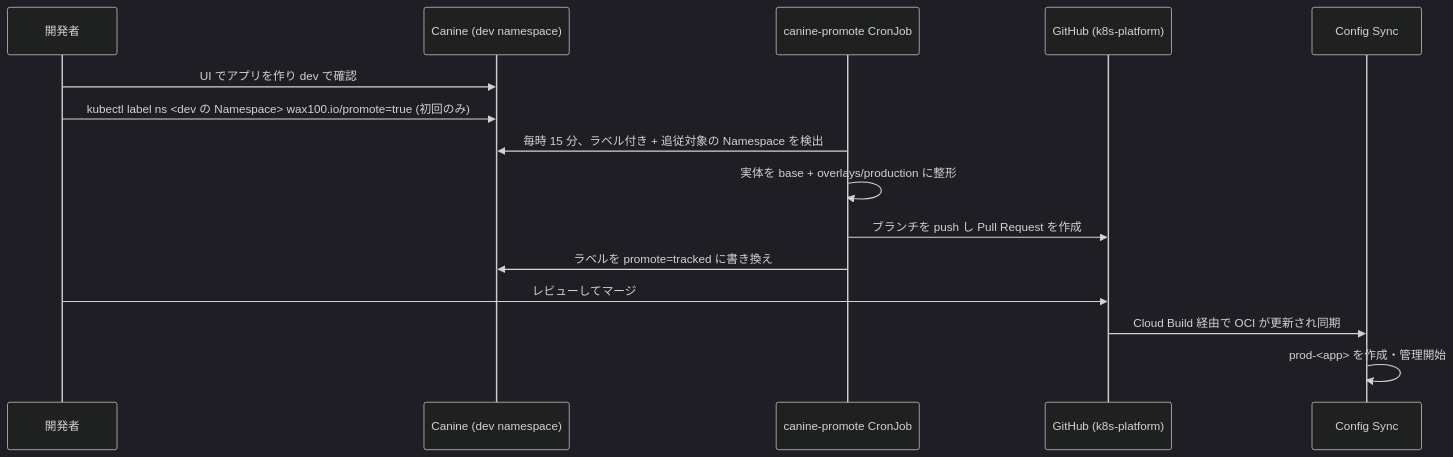
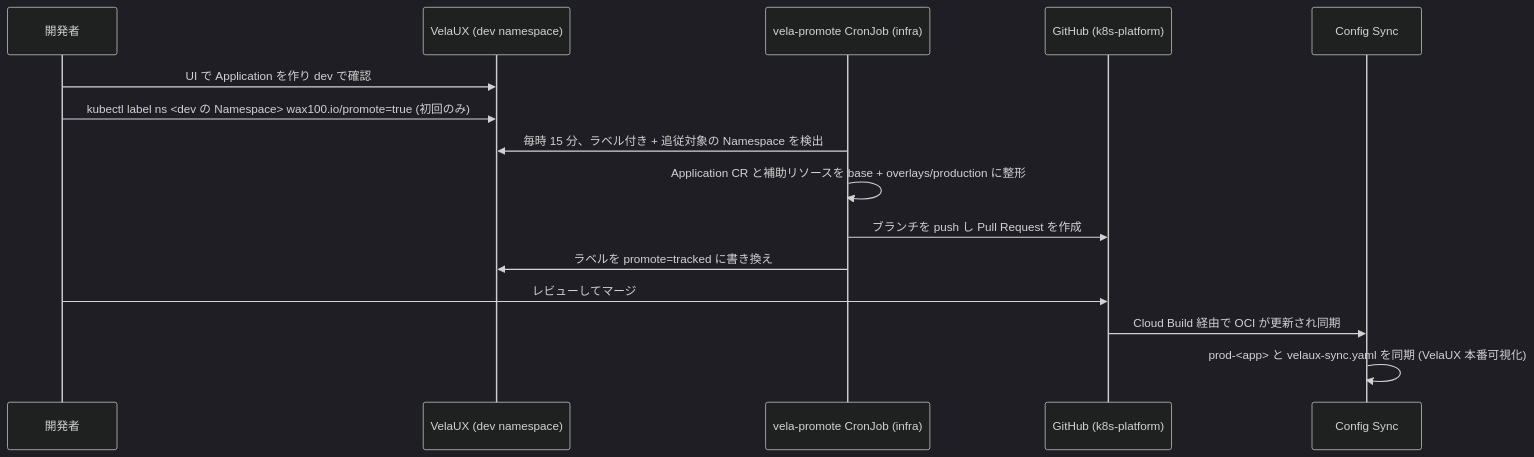
The third of 3 diagrams in docs/DEPLOYMENT_FLOW.md (waxsd100/k8s-platform), drawn with Mermaid (dark theme) before and after one commit. The commit also changed other lines of this file and 177 other files, not shown here.

````diff
--- a/docs/DEPLOYMENT_FLOW.md
+++ b/docs/DEPLOYMENT_FLOW.md
@@ -124,18 +121,18 @@
 ```mermaid
 sequenceDiagram
     participant Dev as 開発者
-    participant CN as Canine (dev namespace)
-    participant PJ as canine-promote CronJob
+    participant VX as VelaUX (dev namespace)
+    participant PJ as vela-promote CronJob (infra)
     participant GH as GitHub (k8s-platform)
     participant CS as Config Sync
 
-    Dev->>CN: UI でアプリを作り dev で確認
-    Dev->>CN: kubectl label ns <dev の Namespace> wax100.io/promote=true (初回のみ)
-    PJ->>CN: 毎時 15 分、ラベル付き + 追従対象の Namespace を検出
-    PJ->>PJ: 実体を base + overlays/production に整形
+    Dev->>VX: UI で Application を作り dev で確認
+    Dev->>VX: kubectl label ns <dev の Namespace> wax100.io/promote=true (初回のみ)
+    PJ->>VX: 毎時 15 分、ラベル付き + 追従対象の Namespace を検出
+    PJ->>PJ: Application CR と補助リソースを base + overlays/production に整形
     PJ->>GH: ブランチを push し Pull Request を作成
-    PJ->>CN: ラベルを promote=tracked に書き換え
+    PJ->>VX: ラベルを promote=tracked に書き換え
     Dev->>GH: レビューしてマージ
     GH->>CS: Cloud Build 経由で OCI が更新され同期
-    CS->>CS: prod-<app> を作成・管理開始
+    CS->>CS: prod-<app> と velaux-sync.yaml を同期 (VelaUX 本番可視化)
 ```
````
